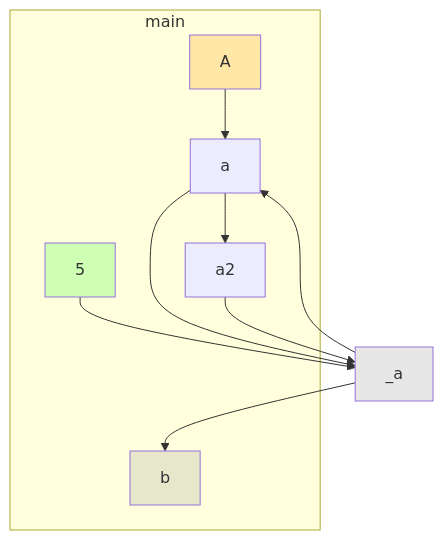
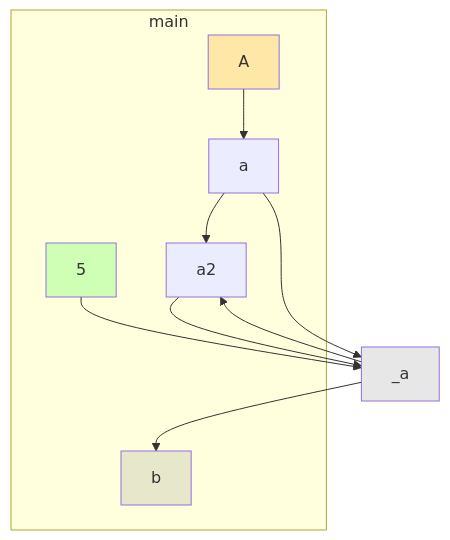
Before and after one commit to gstiebler/codeflow: the diagram in app/src/test/resources/ls/spike-truth.md, drawn with Mermaid. The commit also changed 46 other files, not shown here.

````diff
--- a/app/src/test/resources/ls/spike-truth.md
+++ b/app/src/test/resources/ls/spike-truth.md
@@ -3,25 +3,25 @@
 ```mermaid
 flowchart TD
   subgraph m0["main"]
     n0["A"]:::EXTERNAL
     n1["5"]:::LITERAL
-    n2["a"]:::OBJ_VARIABLE
-    n3["a2"]:::OBJ_VARIABLE
+    n2["a2"]:::OBJ_VARIABLE
+    n3["a"]:::OBJ_VARIABLE
     n4["b"]:::VARIABLE
   end
   n5["_a"]:::VARIABLE
-  n0 --> n2
+  n0 --> n3
   n1 --> n5
-  n2 --> n3
   n2 --> n5
+  n3 --> n2
   n3 --> n5
   n5 --> n2
   n5 --> n4
   classDef LITERAL fill:#00FF0030
   classDef VARIABLE fill:#80808030
   classDef BIN_OP fill:#80808080
   classDef FUNC_PARAM fill:#8080FF30
   classDef RETURN fill:#FF808080
   classDef EXTERNAL fill:#FFA50040
   classDef UNMODELLED fill:#FF000030,stroke-dasharray: 4 2
 ```
````
